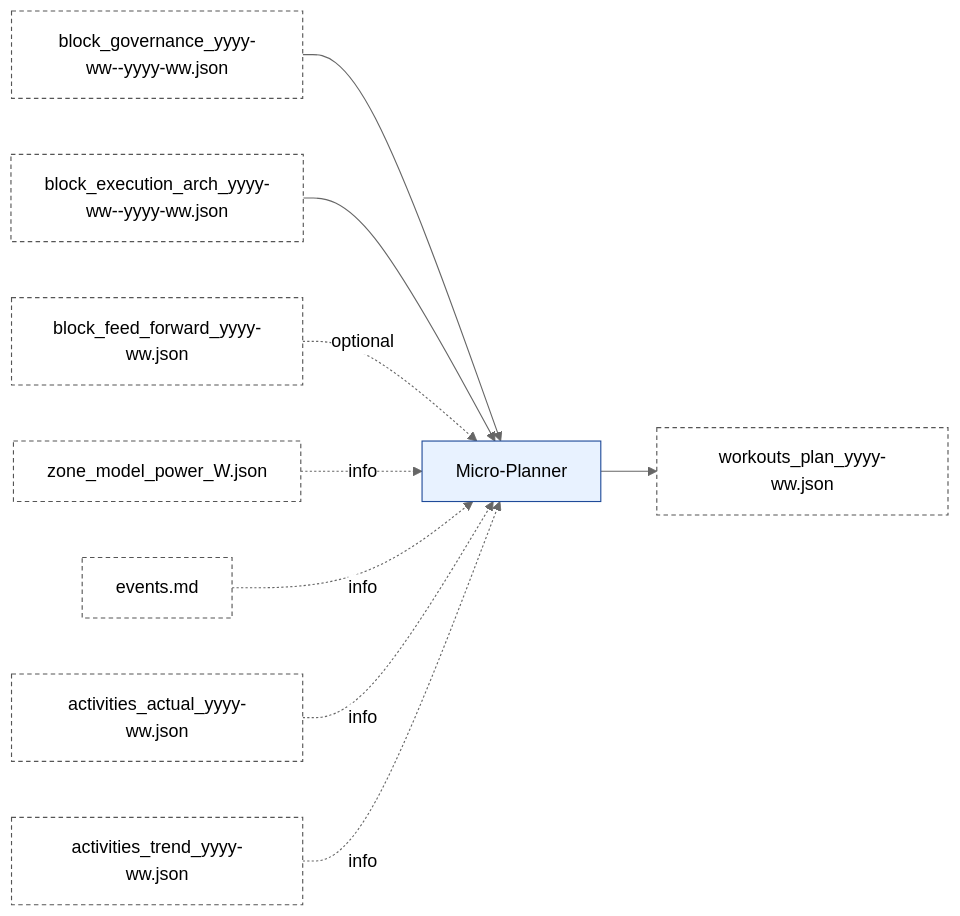
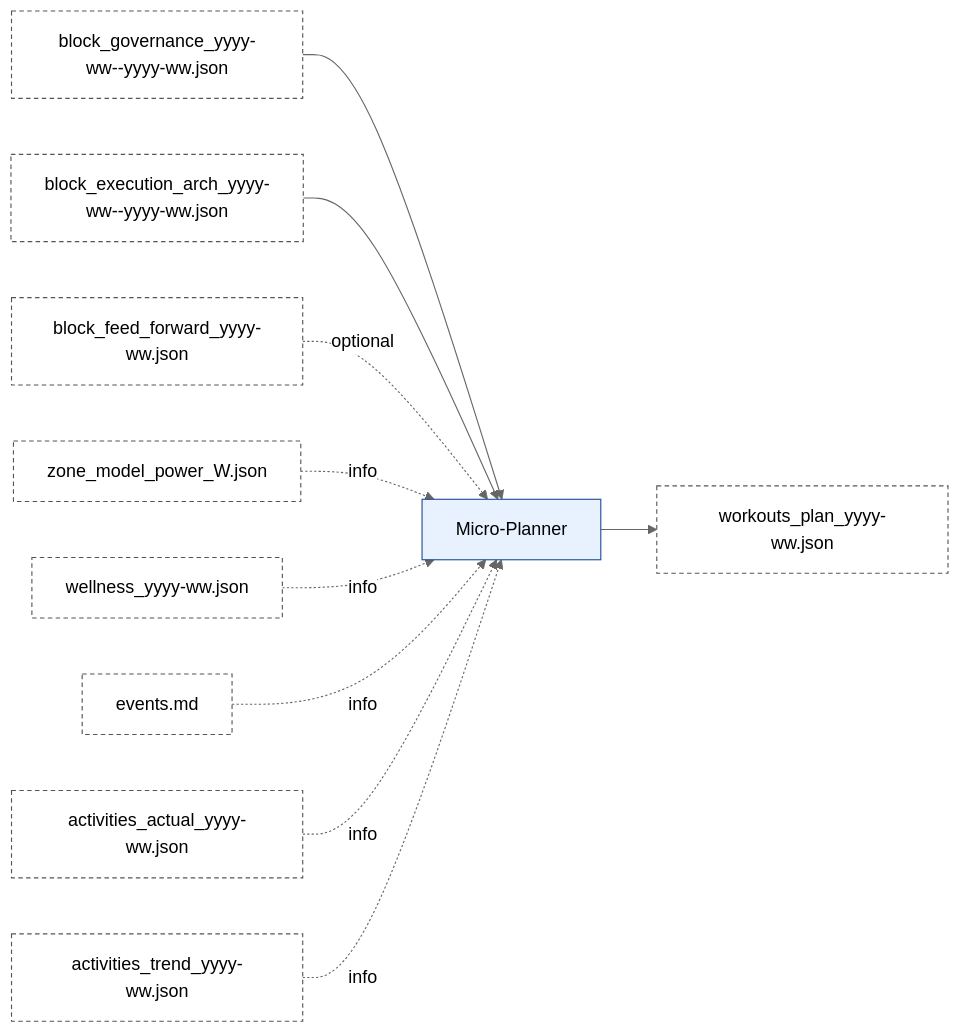
The fifth of 8 diagrams in doc/artefact_flow_overview_and_detail.md (albauer-priv/RPS), drawn with Mermaid (neutral theme) before and after one commit. The commit also changed other lines of this file and 26 other files, not shown here.

Commit message:
Add wellness artifact pipeline and schema

````diff
--- a/doc/artefact_flow_overview_and_detail.md
+++ b/doc/artefact_flow_overview_and_detail.md
@@ -235,15 +245,16 @@
 ```mermaid
 flowchart LR
   BG[block_governance_yyyy-ww--yyyy-ww.json]:::artefact --> MI[Micro-Planner]:::agent
   BEA[block_execution_arch_yyyy-ww--yyyy-ww.json]:::artefact --> MI
   BFF[block_feed_forward_yyyy-ww.json]:::artefact -. optional .-> MI
   ZM[zone_model_power_<FTP>W.json]:::artefact -. info .-> MI
+  WL[wellness_yyyy-ww.json]:::artefact -. info .-> MI
   EV[events.md]:::artefact -. info .-> MI
   AA[activities_actual_yyyy-ww.json]:::artefact -. info .-> MI
   AT[activities_trend_yyyy-ww.json]:::artefact -. info .-> MI
 
   MI --> WP[workouts_plan_yyyy-ww.json]:::artefact
 
   classDef agent fill:#e8f2ff,stroke:#1f4b99,stroke-width:1px;
   classDef artefact fill:#ffffff,stroke:#555,stroke-dasharray: 4 3,stroke-width:1px;
 ```
````
